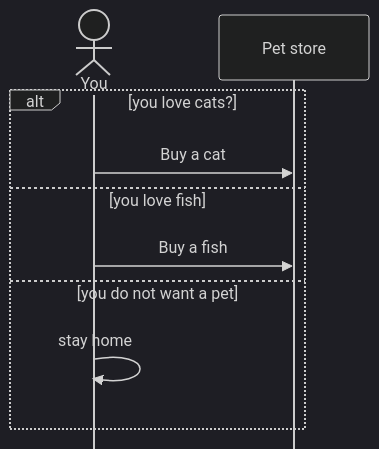
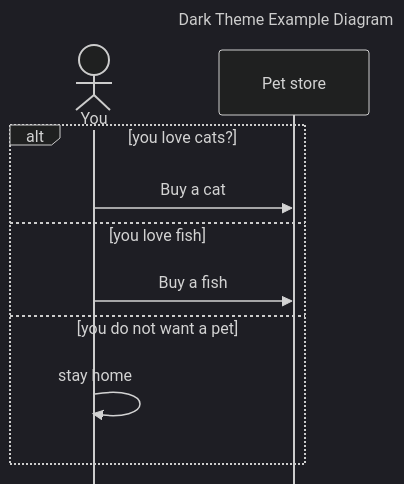
One commit to carolyncole/i_love_mermaid changed the seventh of 7 diagrams in empty-flow.md. Above: the diagram before and after it, drawn with Mermaid. The commit also changed other lines of this file, not shown here.

````diff
--- a/empty-flow.md
+++ b/empty-flow.md
@@ -97,19 +102,20 @@
   ```mermaid
   %%{init: { 'theme': 'dark',
              'sequence': {'useMaxWidth':false, 
                           'mirrorActors':false,   
                           'diagramMarginX': 10
                           } 
             } 
   }%%
   sequenceDiagram
+    title Dark Theme Example Diagram
     actor you as You
     participant store as Pet store
     alt you love cats?
       you->>store: Buy a cat
     else you love fish
       you->>store: Buy a fish
     else you do not want a pet
       you->>you: stay home
     end  
   ```
````
